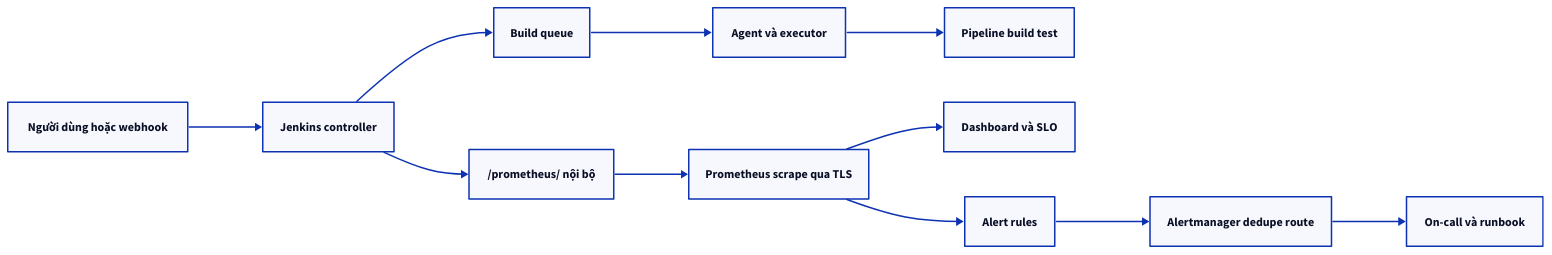
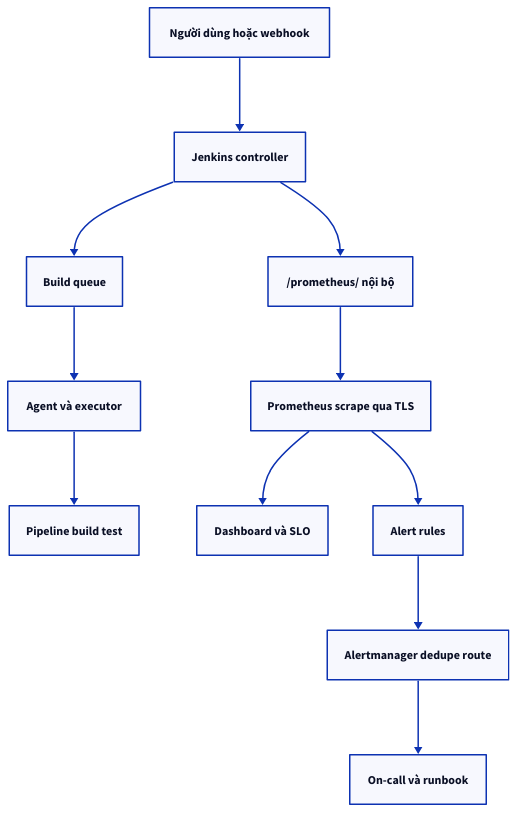
Before and after one commit to vanhiep99w/jenkins-learn: the diagram in content/docs/administration/monitoring.mdx, drawn with D2. The commit also changed 62 other files, not shown here.

Commit message:
fix: improve diagram layouts and inline readability

````diff
--- a/content/docs/administration/monitoring.mdx
+++ b/content/docs/administration/monitoring.mdx
@@ -55,25 +55,25 @@
-```d2 interactive title="Luồng dữ liệu giám sát"
-direction: right
+```d2 interactive title="Luồng dữ liệu giám sát" layout=elk
+direction: down
 U: "Người dùng hoặc webhook"
 J: "Jenkins controller"
 Q: "Build queue"
 A: "Agent và executor"
 B: "Pipeline build test"
 M: "/prometheus/ nội bộ"
 P: "Prometheus scrape qua TLS"
 D: "Dashboard và SLO"
 R: "Alert rules"
 AM: "Alertmanager dedupe route"
 O: "On-call và runbook"
 
 U -> J
 J -> Q
 Q -> A
 A -> B
 J -> M
 M -> P
 P -> D
 P -> R
 R -> AM
 AM -> O
 ```
````
